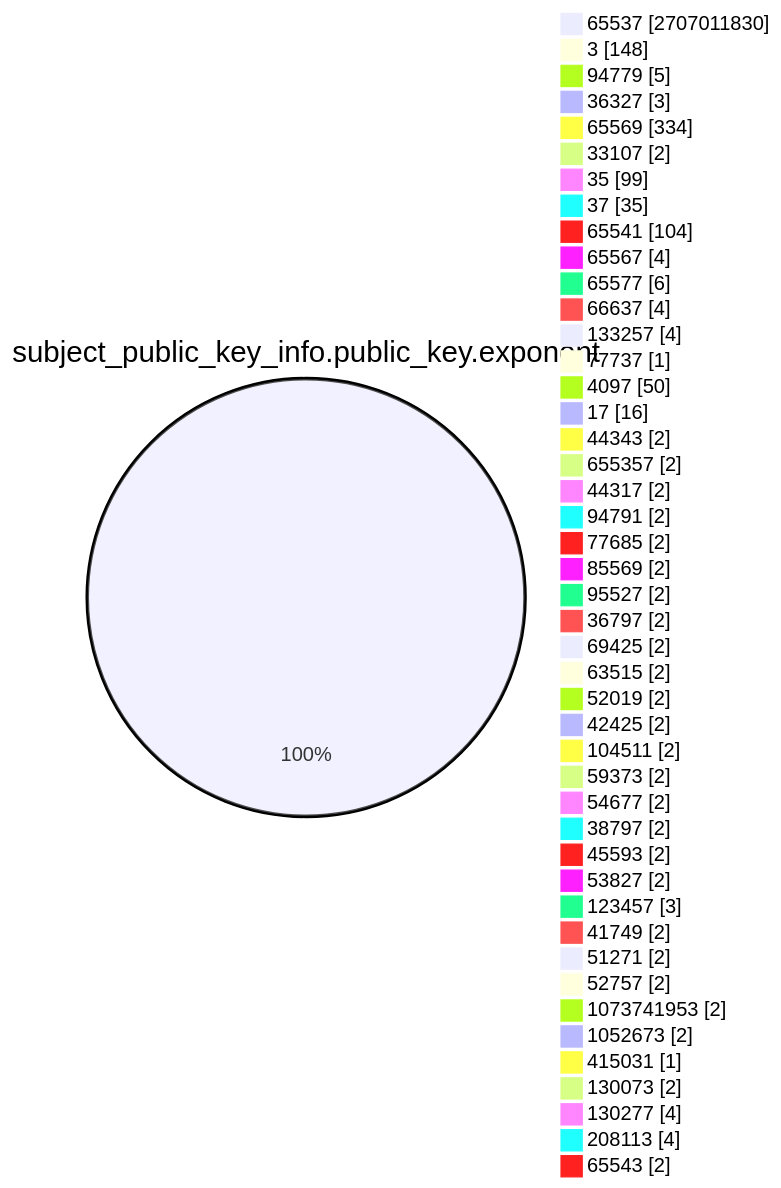
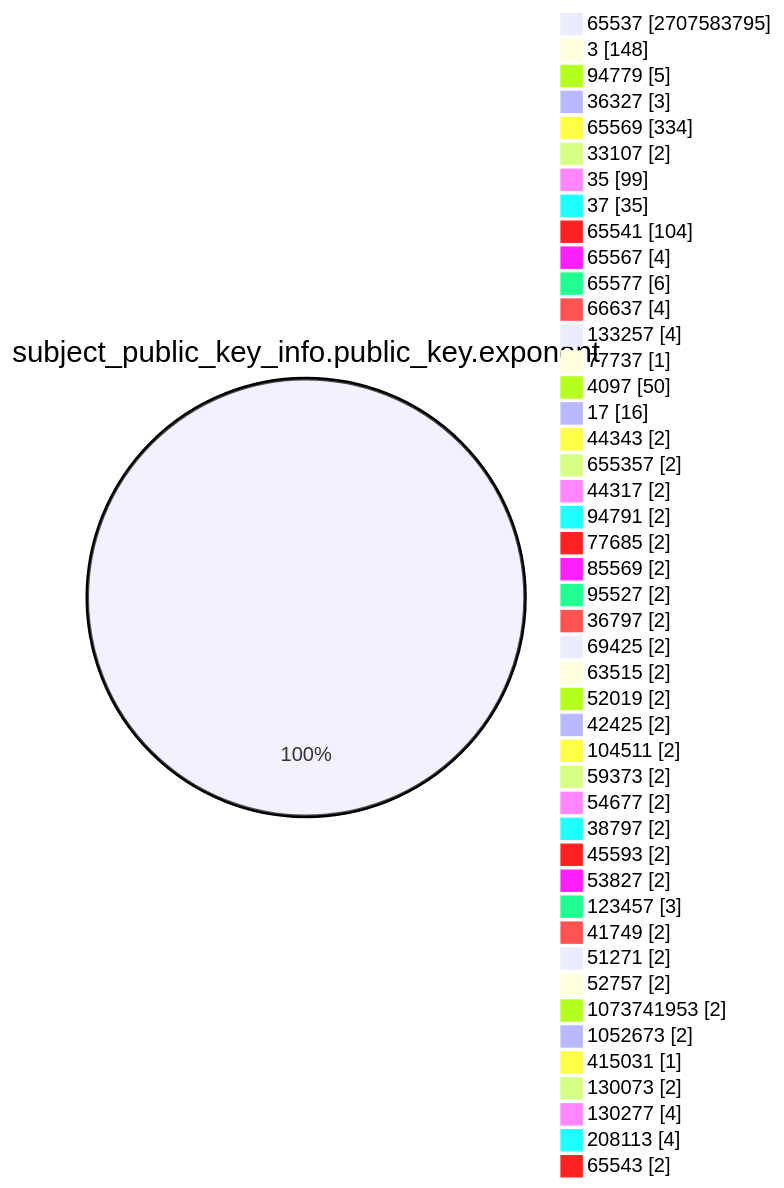
Before and after one commit to christiankrug/ctmonitor_visualization: the fourth of 15 diagrams in TOTAL/README.md, drawn with Mermaid. The commit also changed other lines of this file, not shown here.

````diff
--- a/TOTAL/README.md
+++ b/TOTAL/README.md
@@ -1467,49 +1467,49 @@
 ```mermaid
 pie showData
 title subject_public_key_info.public_key.exponent
-"65537" :2707011830
+"65537" :2707583795
 "3" :148
 "94779" :5
 "36327" :3
 "65569" :334
 "33107" :2
 "35" :99
 "37" :35
 "65541" :104
 "65567" :4
 "65577" :6
 "66637" :4
 "133257" :4
 "77737" :1
 "4097" :50
 "17" :16
 "44343" :2
 "655357" :2
 "44317" :2
 "94791" :2
 "77685" :2
 "85569" :2
 "95527" :2
 "36797" :2
 "69425" :2
 "63515" :2
 "52019" :2
 "42425" :2
 "104511" :2
 "59373" :2
 "54677" :2
 "38797" :2
 "45593" :2
 "53827" :2
 "123457" :3
 "41749" :2
 "51271" :2
 "52757" :2
 "1073741953" :2
 "1052673" :2
 "415031" :1
 "130073" :2
 "130277" :4
 "208113" :4
 "65543" :2
 ```
````
